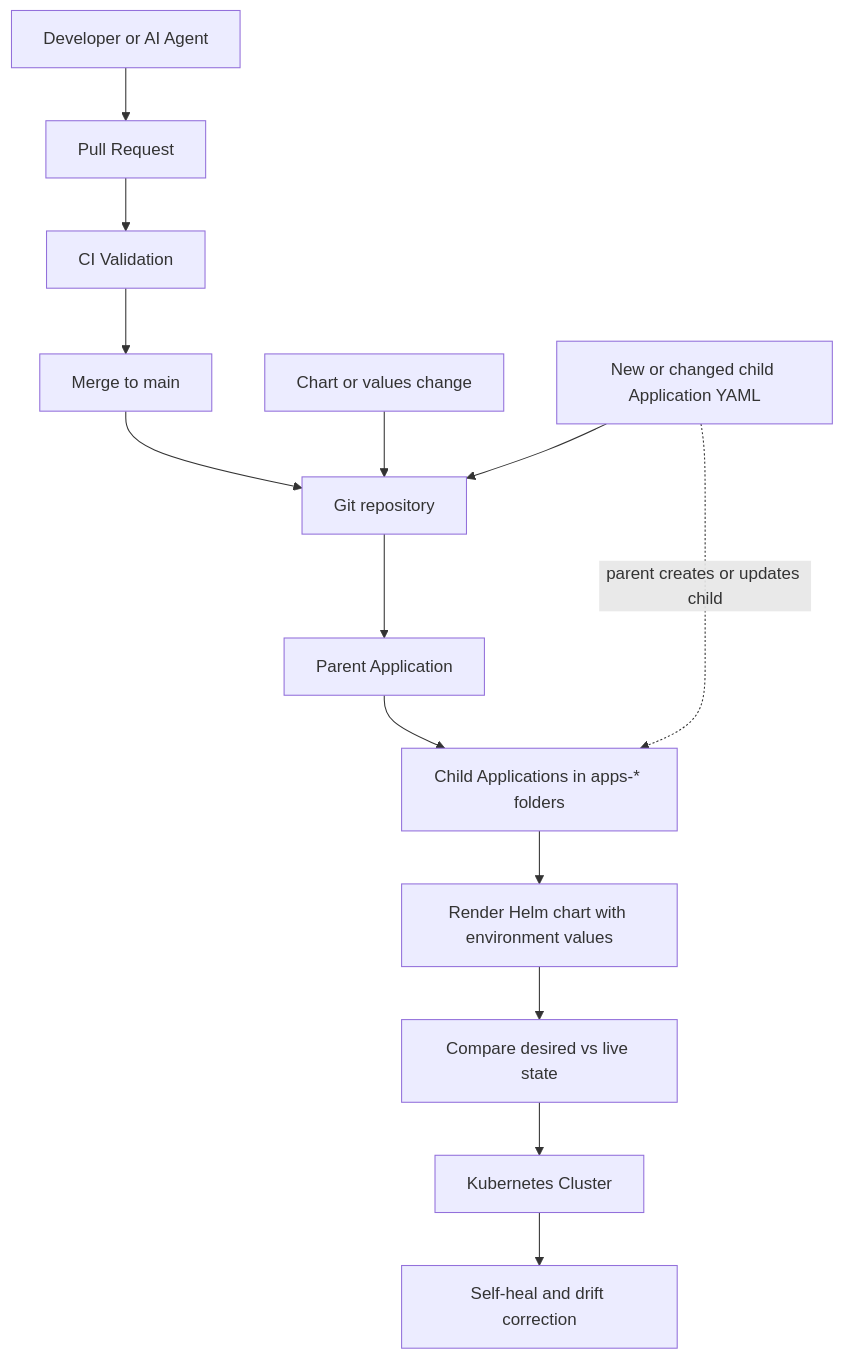
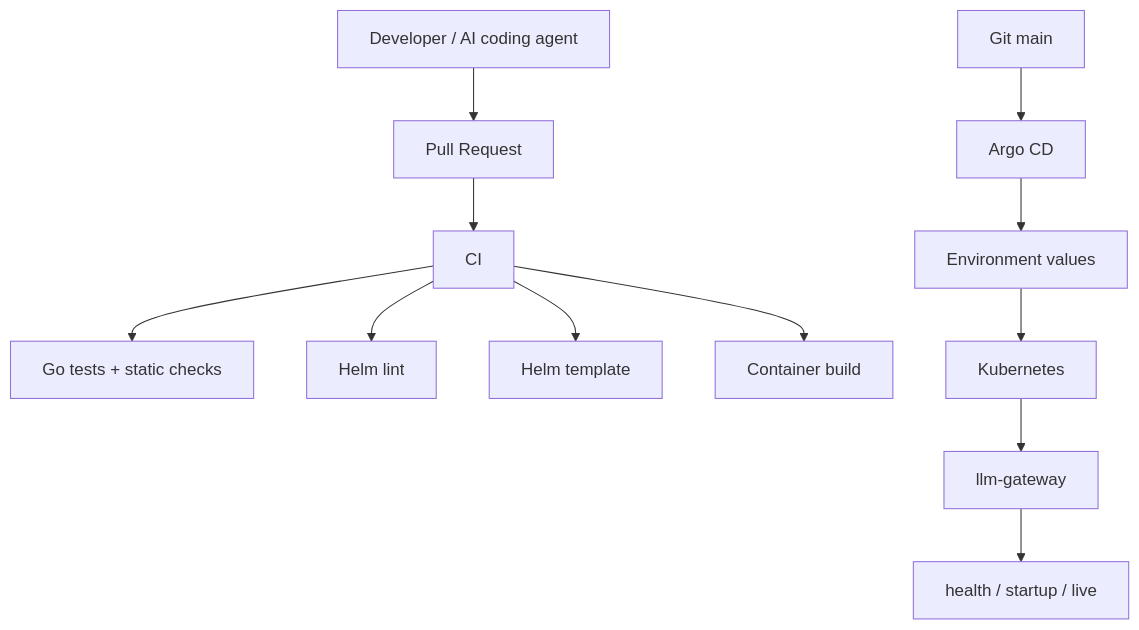
The eighth of 9 diagrams in README.md (Tanmoy095/Logiflow-platform), drawn with Mermaid before and after one commit. The commit also changed other lines of this file and 3 other files, not shown here.

First line of the commit message:
docs(llm-gateway): consolidate and update architecture documentation

````diff
--- a/README.md
+++ b/README.md
@@ -209,16 +662,16 @@
 ```mermaid
 flowchart TB
-	dev[Developer or AI Agent] --> pr[Pull Request]
-	pr --> ci[CI Validation]
-	ci --> merge[Merge to main]
-	merge --> git[Git repository]
-	git --> parent[Parent Application]
-	parent --> children[Child Applications in apps-* folders]
-	children --> helm[Render Helm chart with environment values]
-	helm --> reconcile[Compare desired vs live state]
-	reconcile --> cluster[Kubernetes Cluster]
-	cluster --> heal[Self-heal and drift correction]
-	values[Chart or values change] --> git
-	app[New or changed child Application YAML] --> git
-	app -. parent creates or updates child .-> children
+    developer[Developer / AI coding agent]
+      --> pr[Pull Request]
+    pr --> ci[CI]
+    ci --> tests[Go tests + static checks]
+    ci --> helmLint[Helm lint]
+    ci --> helmTemplate[Helm template]
+    ci --> image[Container build]
+
+    merge[Git main] --> argo[Argo CD]
+    argo --> values[Environment values]
+    values --> k8s[Kubernetes]
+    k8s --> service[llm-gateway]
+    service --> health[health / startup / live]
 ```
````
